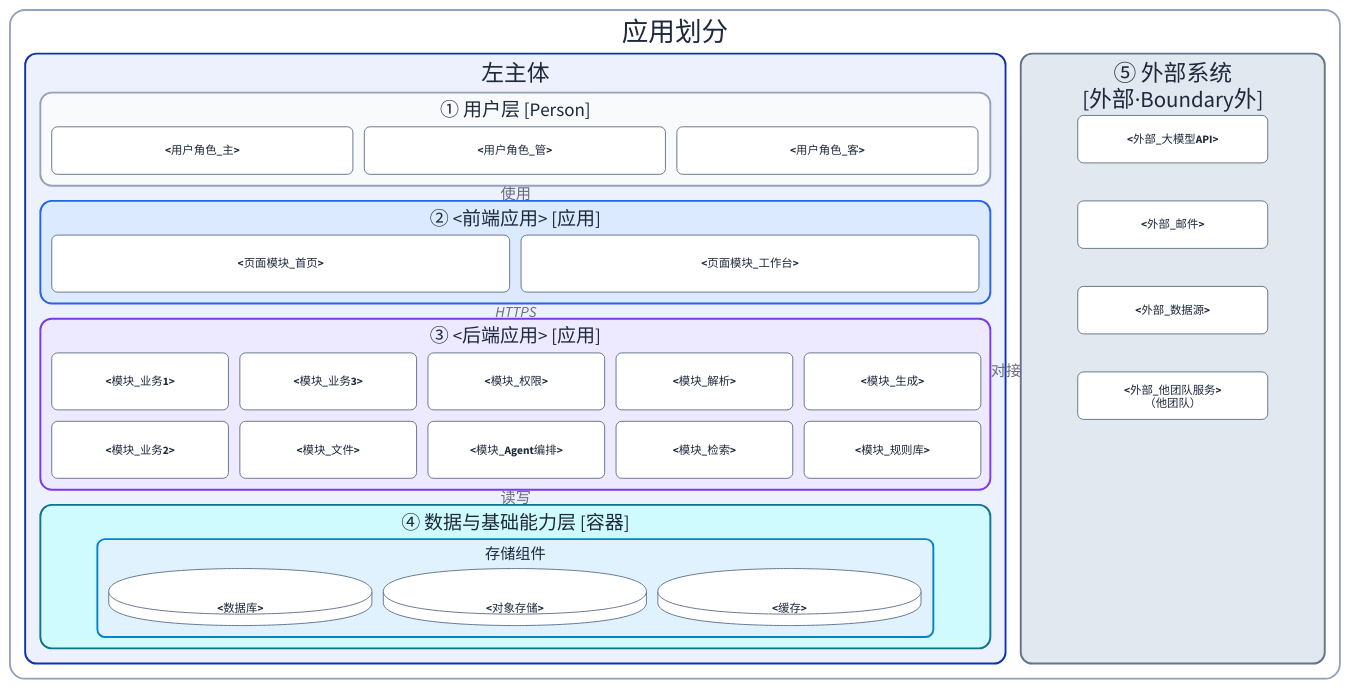
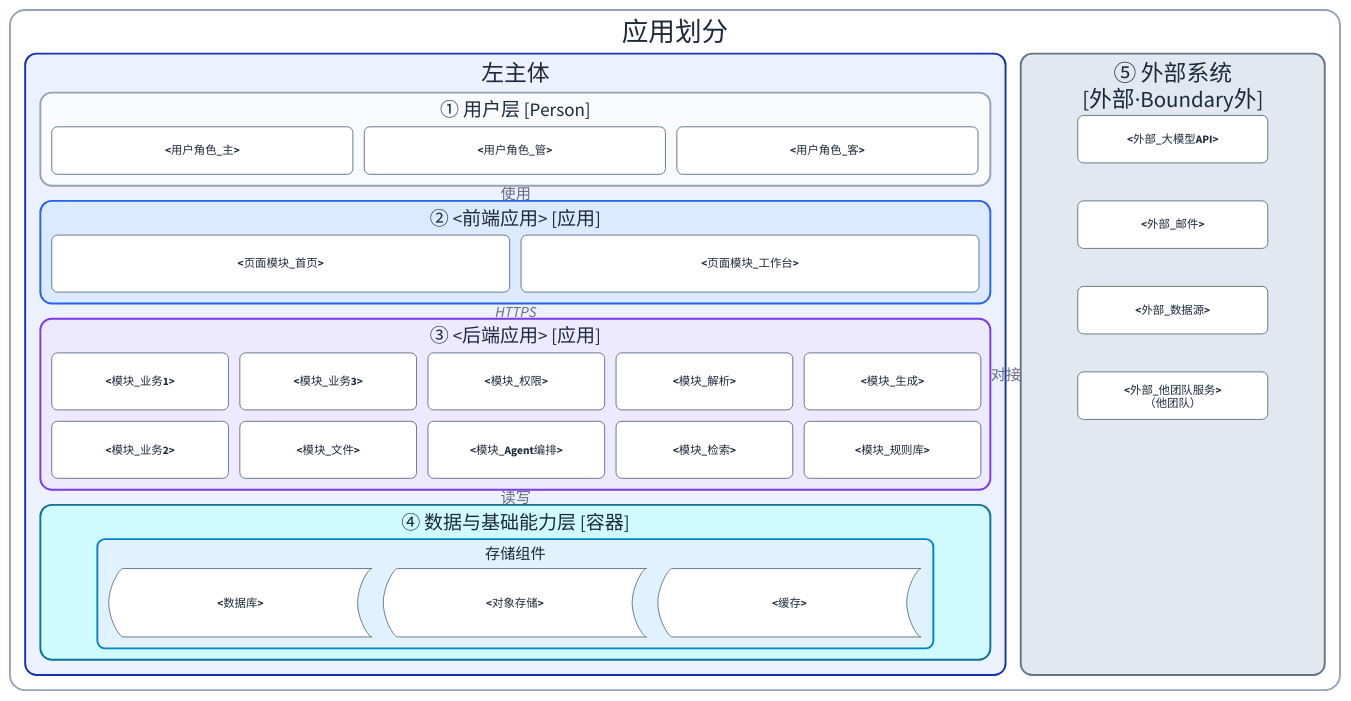
Before and after one commit to syllr/skills: the second of 2 diagrams in skills/doc-arch-rules/references/templates/L2/APPLICATION-ARCHITECTURE.template.md, drawn with D2. The commit also changed other lines of this file and 21 other files, not shown here.

```diff
--- a/skills/doc-arch-rules/references/templates/L2/APPLICATION-ARCHITECTURE.template.md
+++ b/skills/doc-arch-rules/references/templates/L2/APPLICATION-ARCHITECTURE.template.md
@@ -154,9 +153,9 @@
  label: "④ 数据与基础能力层 [容器]"
  width: 1000; grid-columns: 1; grid-gap: 12; style.fill: "#cffafe"; style.font-color: "#1e293b"; style.stroke: "#0e7490"; style.border-radius: 12
  存储: { label: "存储组件"; width: 880; grid-columns: 3; grid-gap: 12; style.fill: "#e0f2fe"; style.font-color: "#1e293b"; style.stroke: "#0284c7"; style.border-radius: 8
- db: { label: "<数据库>"; shape: cylinder; width: 277; height: 60; class: mod }
- mo: { label: "<对象存储>"; shape: cylinder; width: 277; height: 60; class: mod }
- rd: { label: "<缓存>"; shape: cylinder; width: 277; height: 60; class: mod }
+ db: { label: "<数据库>"; shape: stored_data; width: 277; height: 72; class: mod }
+ mo: { label: "<对象存储>"; shape: stored_data; width: 277; height: 72; class: mod }
+ rd: { label: "<缓存>"; shape: stored_data; width: 277; height: 72; class: mod }
  }
  }
  }
```
